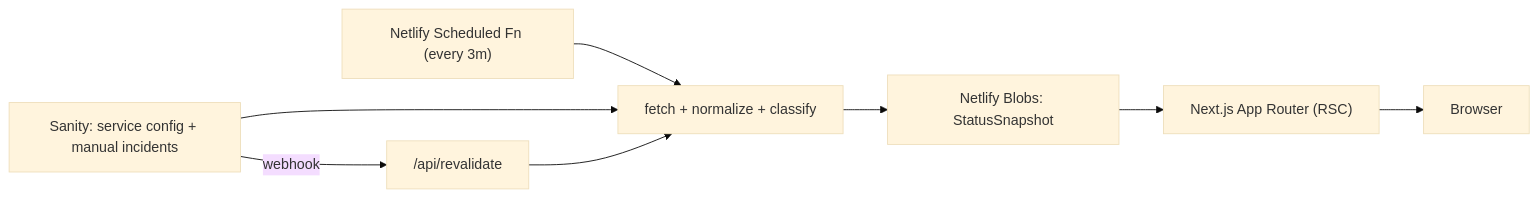
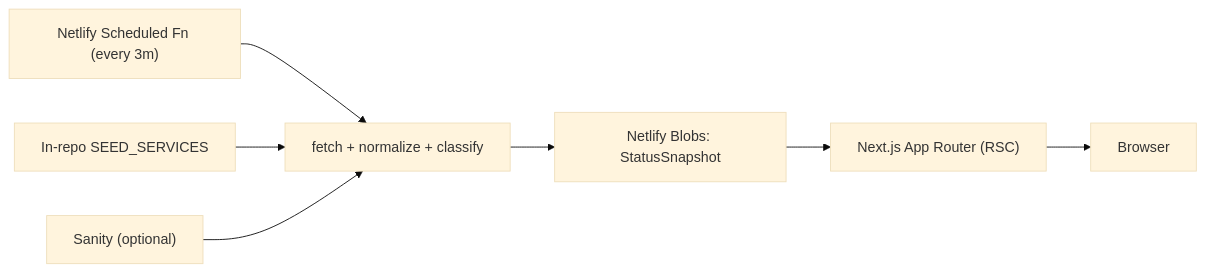
The diagram in README.md (ct3685/tcs-status-page), drawn with Mermaid (base theme) before and after one commit. The commit also changed other lines of this file and 34 other files, not shown here.

````diff
--- a/README.md
+++ b/README.md
@@ -13,10 +13,9 @@
 ```mermaid
 flowchart LR
   cron["Netlify Scheduled Fn (every 3m)"] --> pipe["fetch + normalize + classify"]
-  sanity["Sanity: service config + manual incidents"] --> pipe
+  seed["In-repo SEED_SERVICES"] --> pipe
+  sanity["Sanity (optional)"] --> pipe
   pipe --> blobs["Netlify Blobs: StatusSnapshot"]
   blobs --> page["Next.js App Router (RSC)"]
-  sanity -->|webhook| reval["/api/revalidate"]
-  reval --> pipe
   page --> user["Browser"]
 ```
````
